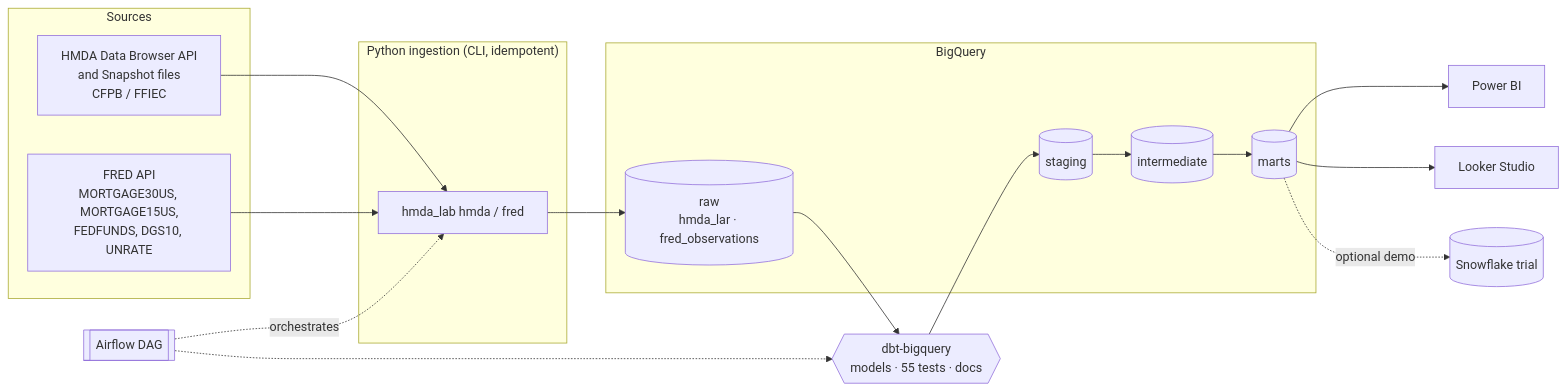
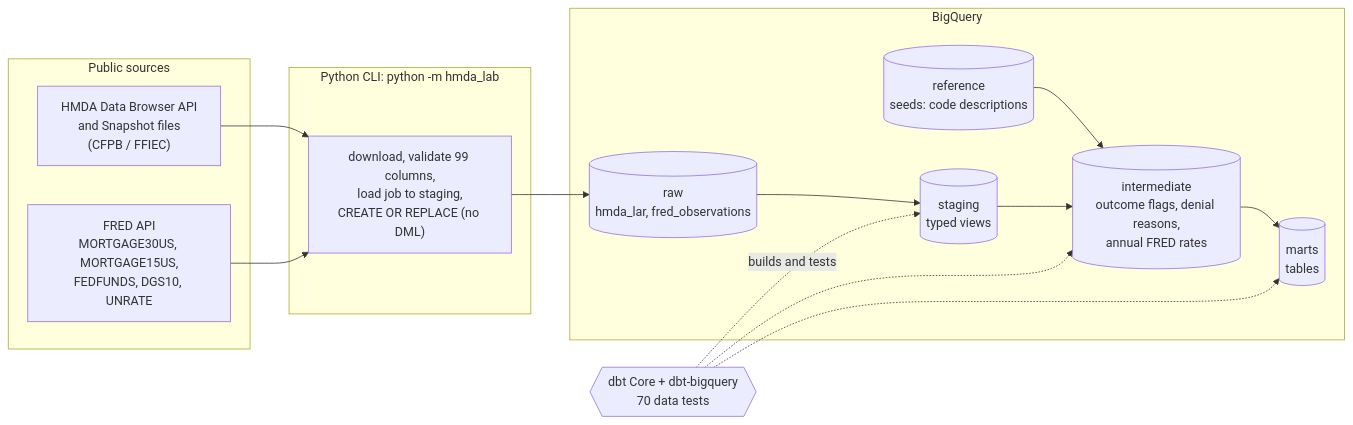
The diagram in README.md (dataismyname/hmda-mortgage-ops-lab), drawn with Mermaid before and after one commit. The commit also changed other lines of this file, not shown here.

````diff
--- a/README.md
+++ b/README.md
@@ -21,26 +29,26 @@
 ```mermaid
 flowchart LR
-    subgraph Sources
-        H[HMDA Data Browser API<br/>and Snapshot files<br/>CFPB / FFIEC]
-        F[FRED API<br/>MORTGAGE30US, MORTGAGE15US,<br/>FEDFUNDS, DGS10, UNRATE]
+    subgraph Sources["Public sources"]
+        H["HMDA Data Browser API<br/>and Snapshot files<br/>(CFPB / FFIEC)"]
+        F["FRED API<br/>MORTGAGE30US, MORTGAGE15US,<br/>FEDFUNDS, DGS10, UNRATE"]
     end
-    subgraph Ingestion["Python ingestion (CLI, idempotent)"]
-        I[hmda_lab hmda / fred]
+    subgraph Ingestion["Python CLI: python -m hmda_lab"]
+        I["download, validate 99 columns,<br/>load job to staging,<br/>CREATE OR REPLACE (no DML)"]
     end
-    subgraph BigQuery
-        R[(raw<br/>hmda_lar · fred_observations)]
-        S[(staging)]
-        M[(intermediate)]
-        K[(marts)]
+    subgraph BQ["BigQuery"]
+        R[("raw<br/>hmda_lar, fred_observations")]
+        SE[("reference<br/>seeds: code descriptions")]
+        S[("staging<br/>typed views")]
+        M[("intermediate<br/>outcome flags, denial reasons,<br/>annual FRED rates")]
+        K[("marts<br/>tables")]
     end
-    A[[Airflow DAG]] -.orchestrates.-> I
-    A -.-> D
     H --> I
     F --> I
     I --> R
-    D{{dbt-bigquery<br/>models · 55 tests · docs}}
-    R --> D --> S --> M --> K
-    K --> PBI[Power BI]
-    K --> LS[Looker Studio]
-    K -. optional demo .-> SF[(Snowflake trial)]
+    R --> S
+    SE --> M
+    S --> M --> K
+    D{{"dbt Core + dbt-bigquery<br/>70 data tests"}} -. builds and tests .-> S
+    D -.-> M
+    D -.-> K
 ```
````
